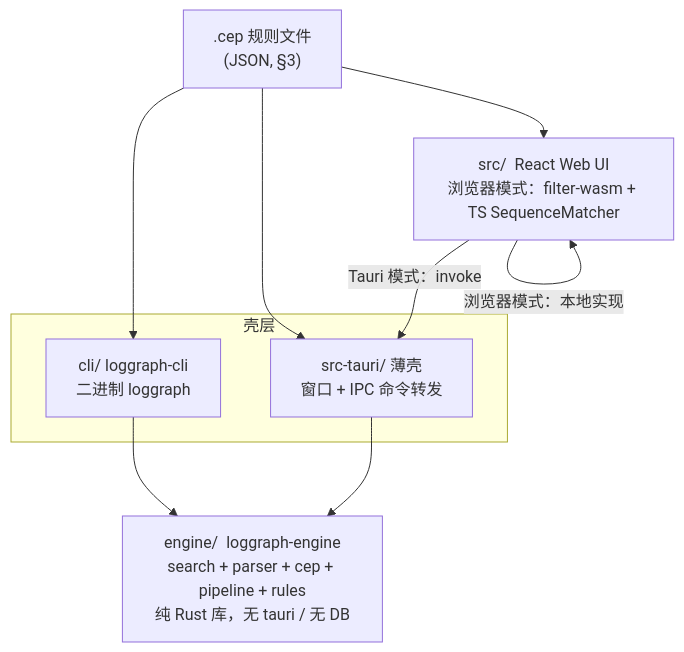
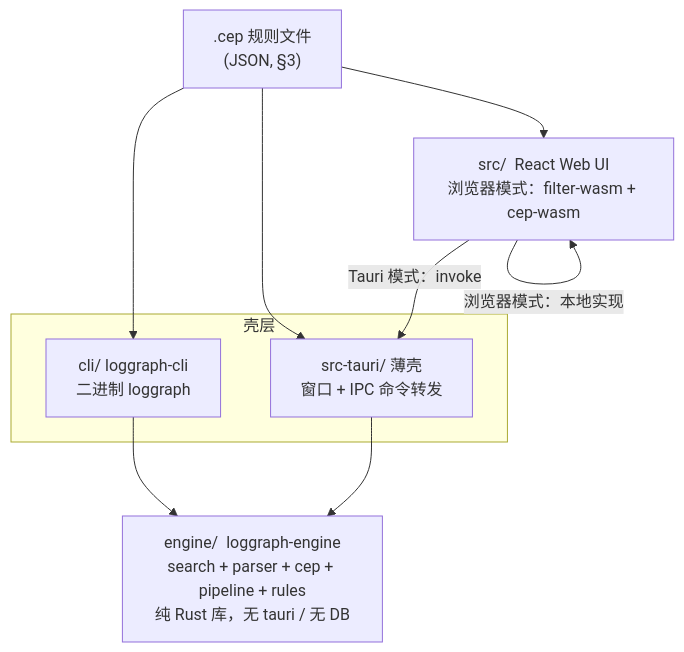
Before and after one commit to javenleeCH/LogGraph: the diagram in plans/engine-cli-api-contract.md, drawn with Mermaid. The commit also changed other lines of this file and 10 other files, not shown here.

First line of the commit message:
refactor(cep): 删除 TS 序列引擎副本——wasm 单一引擎 + 失败显式化

````diff
--- a/plans/engine-cli-api-contract.md
+++ b/plans/engine-cli-api-contract.md
@@ -103,18 +103,18 @@
 ```mermaid
 flowchart TB
     subgraph 壳层
         CLI["cli/  loggraph-cli<br/>二进制 loggraph"]
         TAURI["src-tauri/  薄壳<br/>窗口 + IPC 命令转发"]
     end
     ENGINE["engine/  loggraph-engine<br/>search + parser + cep + pipeline + rules<br/>纯 Rust 库，无 tauri / 无 DB"]
-    WEB["src/  React Web UI<br/>浏览器模式：filter-wasm + TS SequenceMatcher"]
+    WEB["src/  React Web UI<br/>浏览器模式：filter-wasm + cep-wasm"]
     CEPFILE[".cep 规则文件<br/>(JSON, §3)"]
 
     CLI --> ENGINE
     TAURI --> ENGINE
     WEB -- "Tauri 模式：invoke" --> TAURI
     WEB -- "浏览器模式：本地实现" --> WEB
     CEPFILE --> CLI
     CEPFILE --> TAURI
     CEPFILE --> WEB
 ```
````
